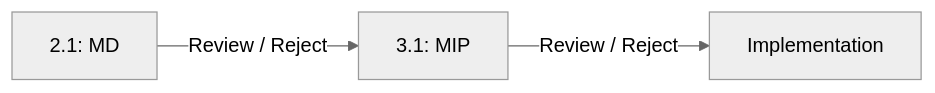
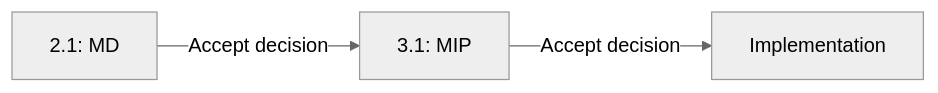
Before and after one commit to movementlabsxyz/MIP: the second of 2 diagrams in README.md, drawn with Mermaid (neutral theme). The commit also changed other lines of this file and 2 other files, not shown here.

````diff
--- a/README.md
+++ b/README.md
@@ -31,4 +31,4 @@
 ```mermaid
 graph LR
-    A[2.1:  MD] -- Review / Reject --> B[3.1: MIP] -- Review / Reject --> C[Implementation]
+    A[2.1:  MD] -- Accept decision --> B[3.1: MIP] -- Accept decision --> C[Implementation]
 ```
````
